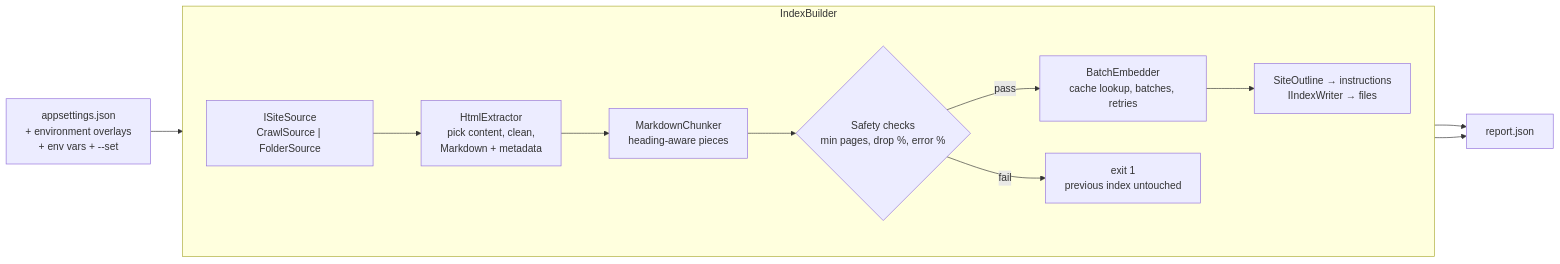
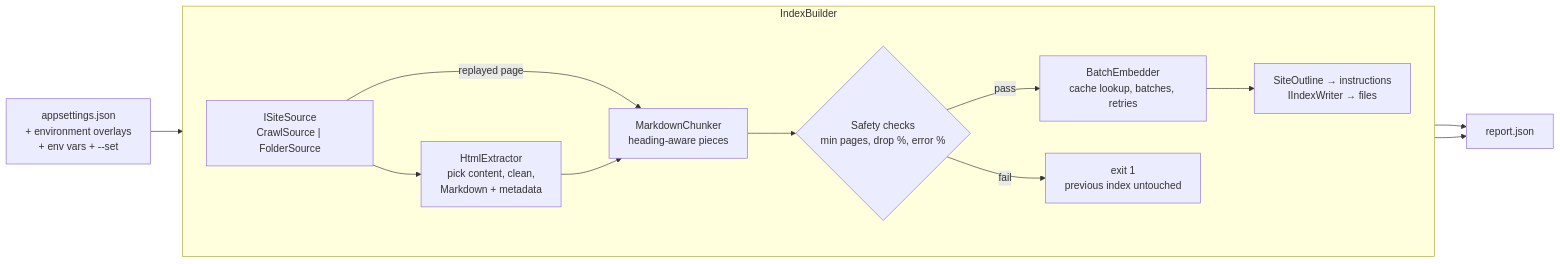
One commit to pournasserian/mcp-my-site changed the sixth of 12 diagrams in docs/architecture.md. Above: the diagram before and after it, drawn with Mermaid. The commit also changed other lines of this file and 11 other files, not shown here.

````diff
--- a/docs/architecture.md
+++ b/docs/architecture.md
@@ -220,15 +220,16 @@
 ```mermaid
 flowchart LR
     Cfg["appsettings.json<br/>+ environment overlays<br/>+ env vars + --set"] --> Builder
     subgraph Builder["IndexBuilder"]
         direction LR
         Src["ISiteSource<br/>CrawlSource | FolderSource"] --> Ext["HtmlExtractor<br/>pick content, clean,<br/>Markdown + metadata"]
+        Src -->|replayed page| Chk
         Ext --> Chk["MarkdownChunker<br/>heading-aware pieces"]
         Chk --> Safe{"Safety checks<br/>min pages, drop %, error %"}
         Safe -->|pass| Emb["BatchEmbedder<br/>cache lookup, batches, retries"]
         Emb --> Out["SiteOutline → instructions<br/>IIndexWriter → files"]
         Safe -->|fail| Stop["exit 1<br/>previous index untouched"]
     end
     Out --> Rep["report.json"]
     Stop --> Rep
 ```
````
